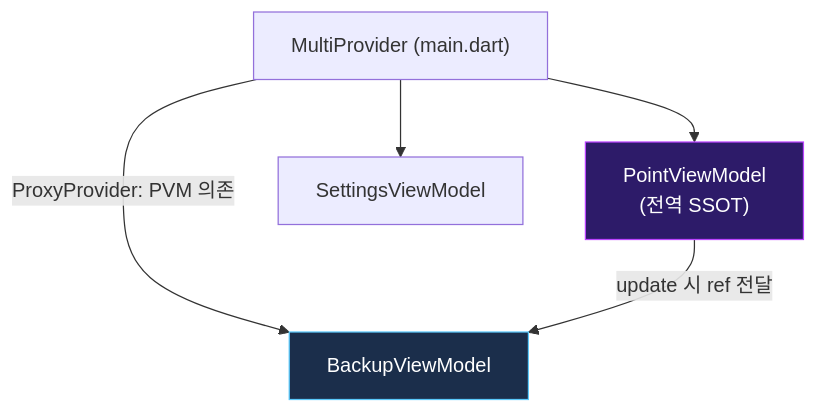
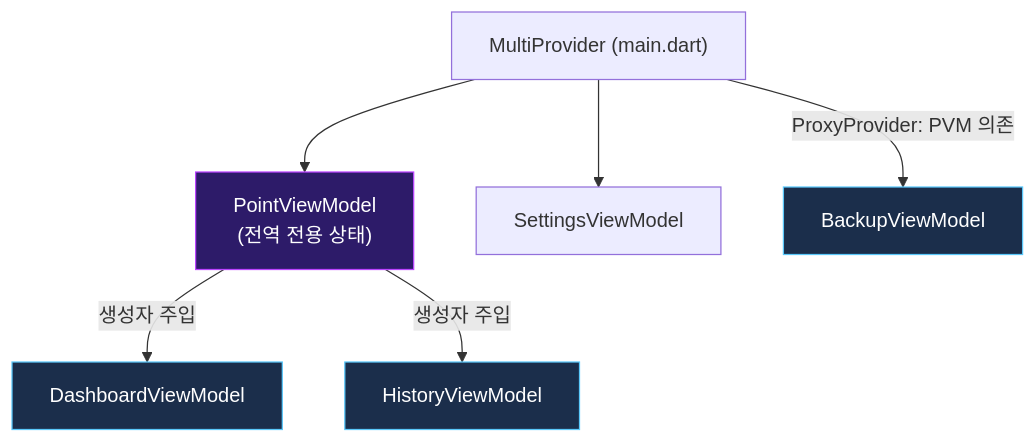
The sixth of 11 diagrams in docs/LEARNING_GUIDE.md (goodsw4all/wawapoint_flutter), drawn with Mermaid before and after one commit. The commit also changed other lines of this file, not shown here.

````diff
--- a/docs/LEARNING_GUIDE.md
+++ b/docs/LEARNING_GUIDE.md
@@ -358,15 +363,22 @@
 ```mermaid
 graph TD
     MP["MultiProvider (main.dart)"]
-    PVM["PointViewModel\n(전역 SSOT)"]
+    PVM["PointViewModel<br/>(전역 전용 상태)"]
     SVM["SettingsViewModel"]
     BVM["BackupViewModel"]
+    DVM["DashboardViewModel"]
+    HVM["HistoryViewModel"]
 
     MP --> PVM
     MP --> SVM
     MP -->|ProxyProvider: PVM 의존| BVM
-    PVM -->|update 시 ref 전달| BVM
+    
+    %% 화면별 VM 주입
+    PVM -->|생성자 주입| DVM
+    PVM -->|생성자 주입| HVM
 
     style PVM fill:#2d1b69,stroke:#BB44FF,color:#fff
     style BVM fill:#1b2e4b,stroke:#5AC8FA,color:#fff
+    style DVM fill:#1b2e4b,stroke:#5AC8FA,color:#fff
+    style HVM fill:#1b2e4b,stroke:#5AC8FA,color:#fff
 ```
````
